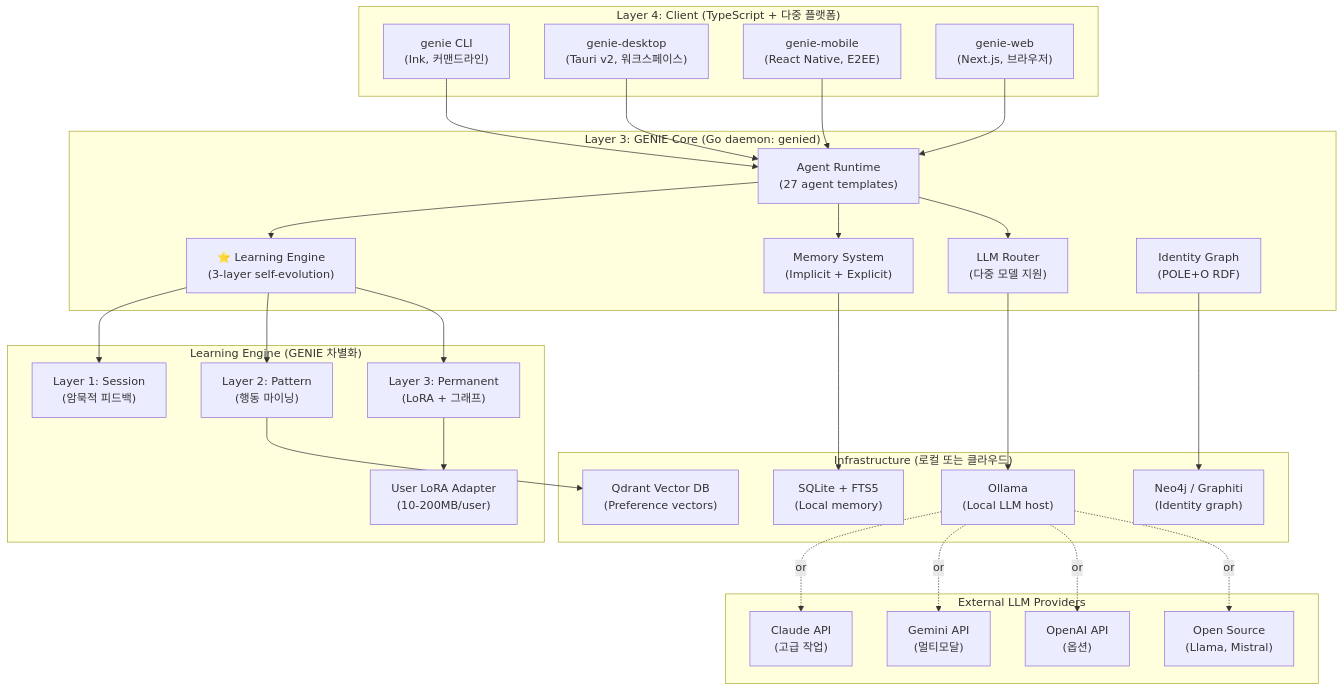
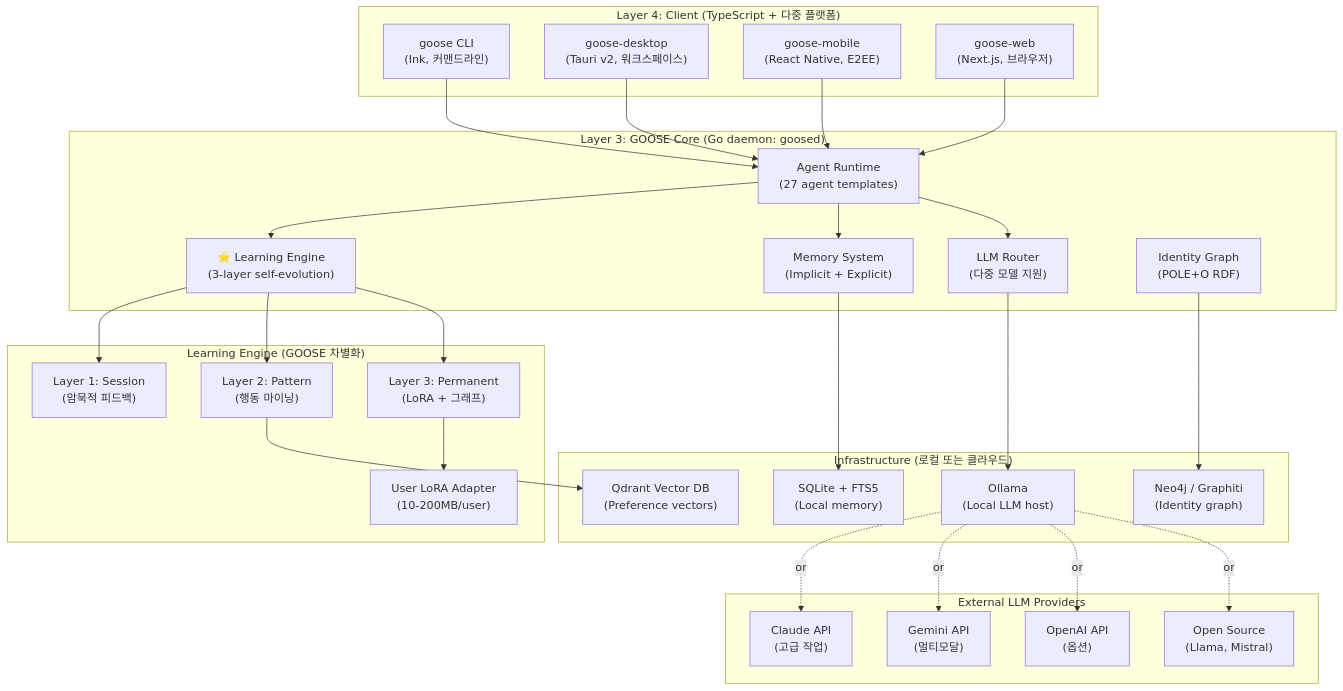
Before and after one commit to modu-ai/mink: the diagram in .moai/project/product.md, drawn with Mermaid. The commit also changed other lines of this file and 150 other files, not shown here.

````diff
--- a/.moai/project/product.md
+++ b/.moai/project/product.md
@@ -185,60 +185,60 @@
 ```mermaid
 graph TB
     subgraph "Layer 4: Client (TypeScript + 다중 플랫폼)"
-        CLI["genie CLI<br/>(Ink, 커맨드라인)"]
-        Desktop["genie-desktop<br/>(Tauri v2, 워크스페이스)"]
-        Mobile["genie-mobile<br/>(React Native, E2EE)"]
-        Web["genie-web<br/>(Next.js, 브라우저)"]
+        CLI["goose CLI<br/>(Ink, 커맨드라인)"]
+        Desktop["goose-desktop<br/>(Tauri v2, 워크스페이스)"]
+        Mobile["goose-mobile<br/>(React Native, E2EE)"]
+        Web["goose-web<br/>(Next.js, 브라우저)"]
     end
     
-    subgraph "Layer 3: GENIE Core (Go daemon: genied)"
+    subgraph "Layer 3: GOOSE Core (Go daemon: goosed)"
         Agent["Agent Runtime<br/>(27 agent templates)"]
         Learning["⭐ Learning Engine<br/>(3-layer self-evolution)"]
         Memory["Memory System<br/>(Implicit + Explicit)"]
         LLMRouter["LLM Router<br/>(다중 모델 지원)"]
         Identity["Identity Graph<br/>(POLE+O RDF)"]
     end
     
-    subgraph "Learning Engine (GENIE 차별화)"
+    subgraph "Learning Engine (GOOSE 차별화)"
         Implicit["Layer 1: Session<br/>(암묵적 피드백)"]
         Pattern["Layer 2: Pattern<br/>(행동 마이닝)"]
         Personal["Layer 3: Permanent<br/>(LoRA + 그래프)"]
         LoRA["User LoRA Adapter<br/>(10-200MB/user)"]
     end
     
     subgraph "Infrastructure (로컬 또는 클라우드)"
         Neo4j["Neo4j / Graphiti<br/>(Identity graph)"]
         Qdrant["Qdrant Vector DB<br/>(Preference vectors)"]
         SQLite["SQLite + FTS5<br/>(Local memory)"]
         Ollama["Ollama<br/>(Local LLM host)"]
     end
     
     subgraph "External LLM Providers"
         Claude["Claude API<br/>(고급 작업)"]
         Gemini["Gemini API<br/>(멀티모달)"]
         OpenAI["OpenAI API<br/>(옵션)"]
         OpenSource["Open Source<br/>(Llama, Mistral)"]
     end
     
     CLI --> Agent
     Desktop --> Agent
     Mobile --> Agent
     Web --> Agent
     
     Agent --> Learning
     Agent --> Memory
     Agent --> LLMRouter
     Learning --> Implicit
     Learning --> Pattern
     Learning --> Personal
     Personal --> LoRA
     Identity --> Neo4j
     Pattern --> Qdrant
     Memory --> SQLite
     LLMRouter --> Ollama
     
     Ollama -.or.-> Claude
     Ollama -.or.-> Gemini
     Ollama -.or.-> OpenAI
     Ollama -.or.-> OpenSource
 ```
````
